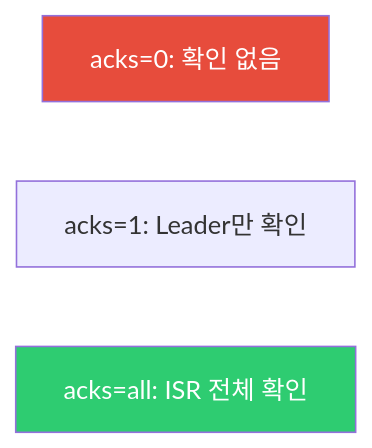
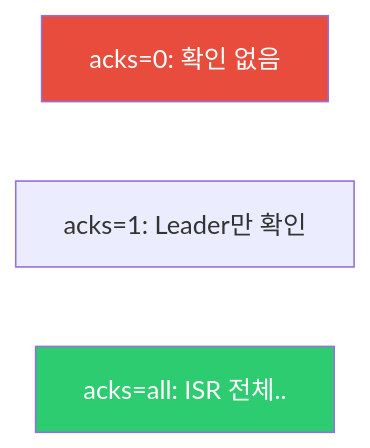
The sixth of 8 diagrams in _posts/kafka/2026-05-01-kafka-replication.md (yjkim2015/yjkim2015.github.io), drawn with Mermaid before and after one commit. The commit also changed other lines of this file and 149 other files, not shown here.

First line of the commit message:
Mermaid 가독성 개선: 라벨 축약, 노드 축소, TD→LR 변환

````diff
--- a/_posts/kafka/2026-05-01-kafka-replication.md
+++ b/_posts/kafka/2026-05-01-kafka-replication.md
@@ -182,8 +179,8 @@
 ```mermaid
 graph LR
     Z["acks=0: 확인 없음"]
     O["acks=1: Leader만 확인"]
-    A["acks=all: ISR 전체 확인"]
+    A["acks=all: ISR 전체.."]
     style Z fill:#e74c3c,color:#fff
     style A fill:#2ecc71,color:#fff
 ```
````
